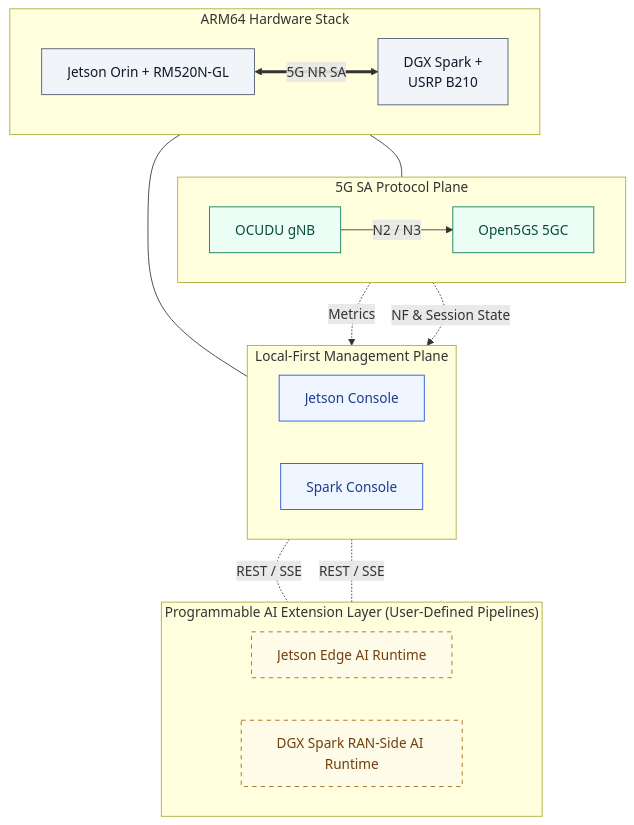
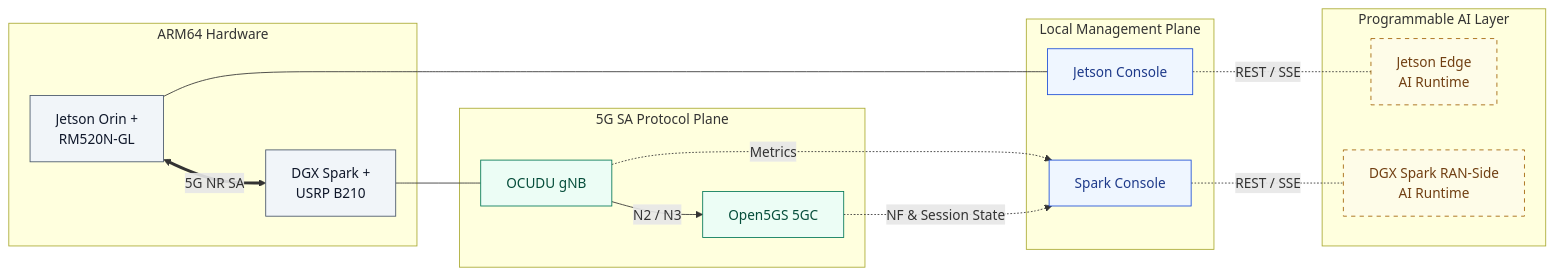
Before and after one commit to HKUOpenSource/OpenAirKit: the diagram in README.md, drawn with Mermaid. The commit also changed 5 other files, not shown here.

Commit message:
docs: switch layered Mermaid diagrams to horizontal LR layout

````diff
--- a/README.md
+++ b/README.md
@@ -58,40 +58,36 @@
 ```mermaid
-flowchart TB
+flowchart LR
   classDef hw fill:#f1f5f9,stroke:#475569,color:#0f172a
   classDef stack fill:#ecfdf5,stroke:#047857,color:#064e3b
   classDef mgmt fill:#eff6ff,stroke:#1d4ed8,color:#1e3a8a
   classDef ai fill:#fefce8,stroke:#a16207,stroke-dasharray:5 5,color:#713f12
 
-  subgraph AI["Programmable AI Extension Layer (User-Defined Pipelines)"]
-    direction LR
-    JAI["Jetson Edge AI Runtime"]:::ai
-    SAI["DGX Spark RAN-Side AI Runtime"]:::ai
-  end
-
-  subgraph MGMT["Local-First Management Plane"]
-    direction LR
-    JC["Jetson Console"]:::mgmt
-    SP["Spark Console"]:::mgmt
+  subgraph HW["ARM64 Hardware"]
+    UEHW["Jetson Orin +<br/>RM520N-GL"]:::hw
+    BSHW["DGX Spark +<br/>USRP B210"]:::hw
+    UEHW <== "5G NR SA" ==> BSHW
   end
 
   subgraph STACK["5G SA Protocol Plane"]
-    direction LR
     RAN["OCUDU gNB"]:::stack
     CORE["Open5GS 5GC"]:::stack
     RAN -- "N2 / N3" --> CORE
   end
 
-  subgraph HW["ARM64 Hardware Stack"]
-    direction LR
-    UEHW["Jetson Orin + RM520N-GL"]:::hw
-    BSHW["DGX Spark +<br/>USRP B210"]:::hw
-    UEHW <== "5G NR SA" ==> BSHW
+  subgraph MGMT["Local Management Plane"]
+    JC["Jetson Console"]:::mgmt
+    SP["Spark Console"]:::mgmt
+  end
+
+  subgraph AI["Programmable AI Layer"]
+    JAI["Jetson Edge<br/>AI Runtime"]:::ai
+    SAI["DGX Spark RAN-Side<br/>AI Runtime"]:::ai
   end
 
   UEHW --- JC
   BSHW --- RAN
   RAN -. "Metrics" .-> SP
   CORE -. "NF & Session State" .-> SP
   JC -. "REST / SSE" .- JAI
   SP -. "REST / SSE" .- SAI
 ```
````
